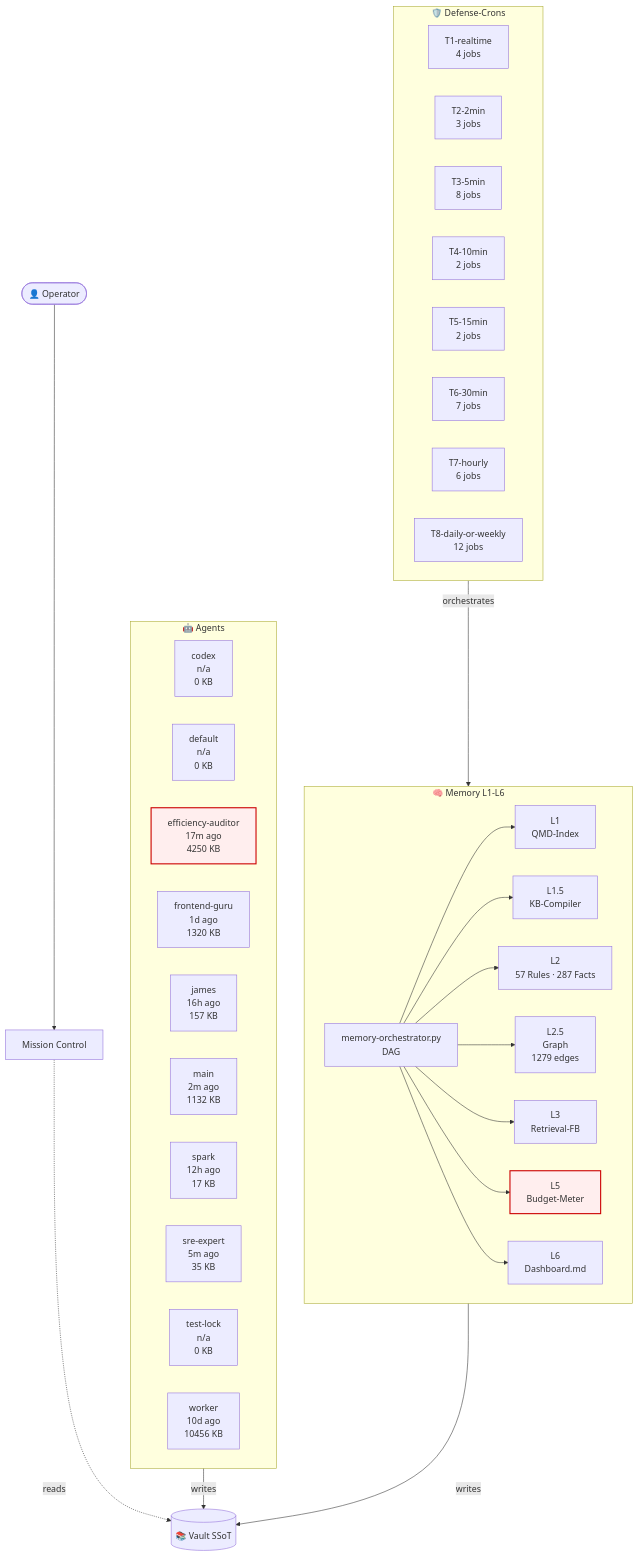
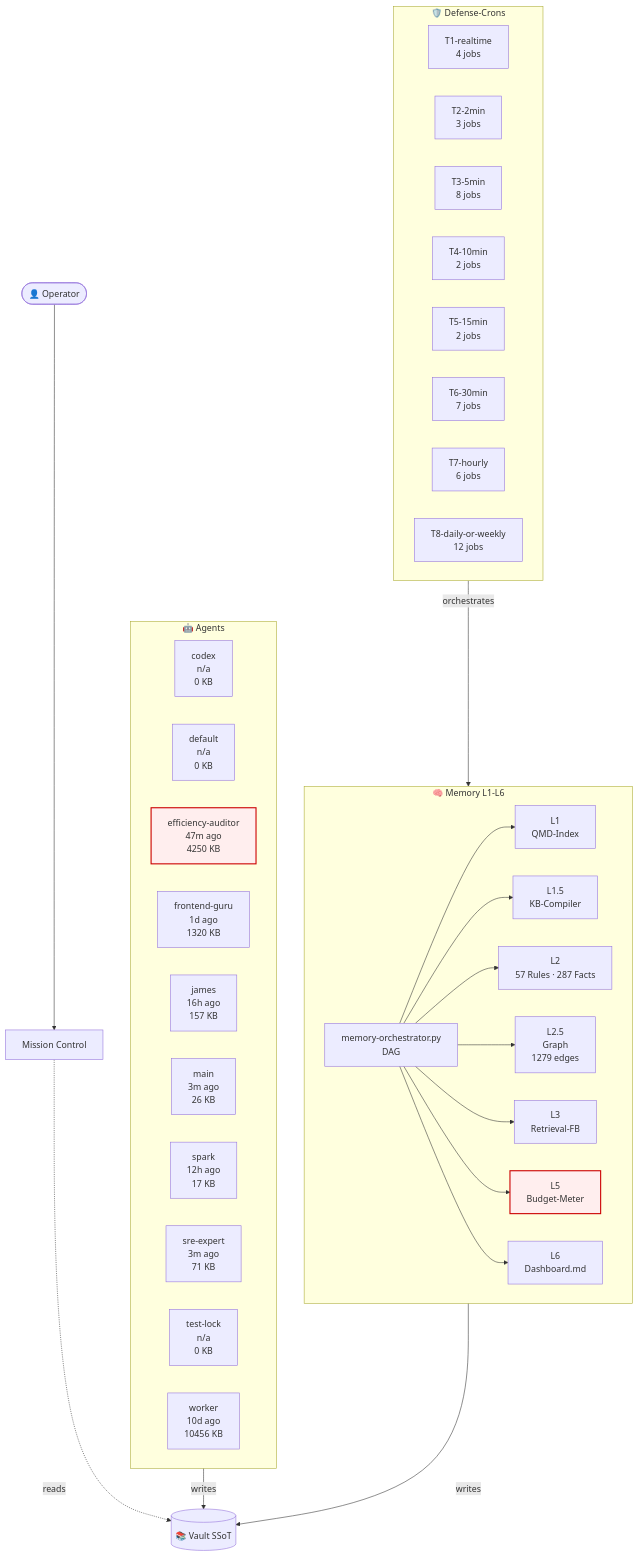
The diagram in 03-Agents/architecture-live.md (lenardhuebner88-rgb/openclaw-memory), drawn with Mermaid before and after one commit. The commit also changed other lines of this file and 5 other files, not shown here.

````diff
--- a/03-Agents/architecture-live.md
+++ b/03-Agents/architecture-live.md
@@ -18,53 +18,53 @@
 ```mermaid
 flowchart TB
     classDef critical fill:#fee,stroke:#c00,stroke-width:2px;
     subgraph AGT["🤖 Agents"]
         agent_codex["codex<br/>n/a<br/>0 KB"]
         agent_default["default<br/>n/a<br/>0 KB"]
-        agent_efficiency_auditor["efficiency-auditor<br/>17m ago<br/>4250 KB"]
+        agent_efficiency_auditor["efficiency-auditor<br/>47m ago<br/>4250 KB"]
         agent_frontend_guru["frontend-guru<br/>1d ago<br/>1320 KB"]
         agent_james["james<br/>16h ago<br/>157 KB"]
-        agent_main["main<br/>2m ago<br/>1132 KB"]
+        agent_main["main<br/>3m ago<br/>26 KB"]
         agent_spark["spark<br/>12h ago<br/>17 KB"]
-        agent_sre_expert["sre-expert<br/>5m ago<br/>35 KB"]
+        agent_sre_expert["sre-expert<br/>3m ago<br/>71 KB"]
         agent_test_lock["test-lock<br/>n/a<br/>0 KB"]
         agent_worker["worker<br/>10d ago<br/>10456 KB"]
     end
     subgraph MEM["🧠 Memory L1-L6"]
         L1["L1<br/>QMD-Index"]
         L15["L1.5<br/>KB-Compiler"]
         L2["L2<br/>57 Rules · 287 Facts"]
         L25["L2.5<br/>Graph<br/>1279 edges"]
         L3["L3<br/>Retrieval-FB"]
         L5["L5<br/>Budget-Meter"]
         L6["L6<br/>Dashboard.md"]
         ORCH["memory-orchestrator.py<br/>DAG"]
     end
     subgraph CRN["🛡️ Defense-Crons"]
         tier_T1_realtime["T1-realtime<br/>4 jobs"]
         tier_T2_2min["T2-2min<br/>3 jobs"]
         tier_T3_5min["T3-5min<br/>8 jobs"]
         tier_T4_10min["T4-10min<br/>2 jobs"]
         tier_T5_15min["T5-15min<br/>2 jobs"]
         tier_T6_30min["T6-30min<br/>7 jobs"]
         tier_T7_hourly["T7-hourly<br/>6 jobs"]
         tier_T8_daily_or_weekly["T8-daily-or-weekly<br/>12 jobs"]
     end
     VAULT[("📚 Vault SSoT")]
     OP([👤 Operator])
     MC["Mission Control"]
     OP --> MC
     MC -.reads.-> VAULT
     AGT -->|writes| VAULT
     MEM -->|writes| VAULT
     ORCH --> L1
     ORCH --> L15
     ORCH --> L2
     ORCH --> L25
     ORCH --> L3
     ORCH --> L5
     ORCH --> L6
     CRN -->|orchestrates| MEM
     class L5 critical
     class agent_efficiency_auditor critical
 ```
````
